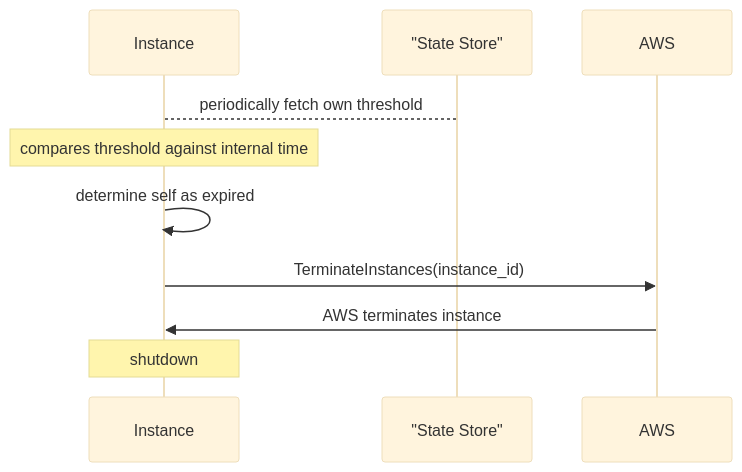
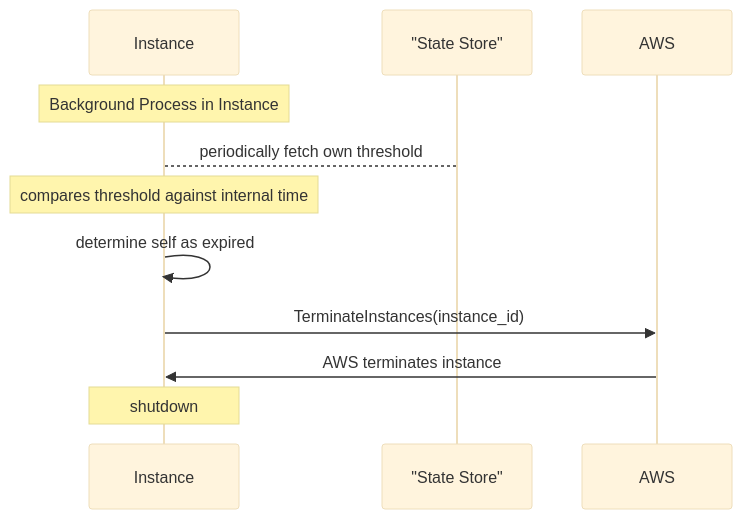
Before and after one commit to fleet-actions/ec2-runner-pool-manager: the fifth of 5 diagrams in docs/architecture/overview.md, drawn with Mermaid (base theme). The commit also changed other lines of this file, not shown here.

Commit message:
docs(architecture): update overview and diagrams for clarity

````diff
--- a/docs/architecture/overview.md
+++ b/docs/architecture/overview.md
@@ -324,14 +322,14 @@
-```mermaid
-sequenceDiagram
-    participant Instance
-    participant DynamoDB as "State Store"
-    participant AWS
-    
+    ```mermaid
+    sequenceDiagram
+        participant Instance
+        participant DynamoDB as "State Store"
+        participant AWS
 
-    Instance-->DynamoDB: periodically fetch own threshold
-    Note over Instance: compares threshold against internal time
-    Instance->>Instance: determine self as expired
-    Instance->>AWS: TerminateInstances(instance_id)
-    AWS->>Instance: AWS terminates instance
-    Note over Instance: shutdown
-```
+        Note over Instance: Background Process in Instance 
+        Instance-->DynamoDB: periodically fetch own threshold
+        Note over Instance: compares threshold against internal time
+        Instance->>Instance: determine self as expired
+        Instance->>AWS: TerminateInstances(instance_id)
+        AWS->>Instance: AWS terminates instance
+        Note over Instance: shutdown
+    ```
````
